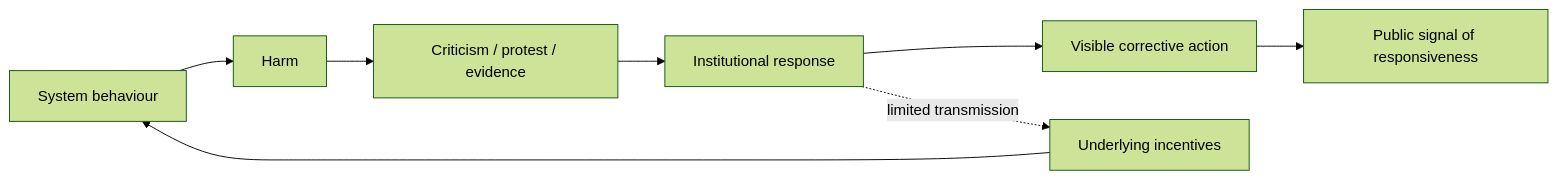
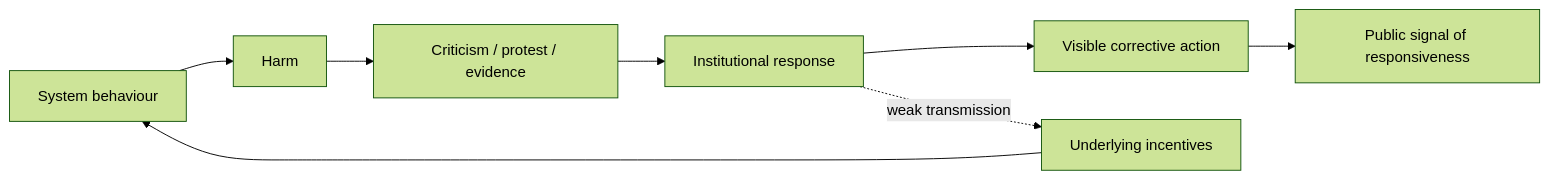
One commit to josefsbreakfast/Polaris-Protocol changed the second of 12 diagrams in 🌑_1_Origin_Points/🪿_Embodied_Information_Ecology/♻️_Cybernetics/🌀_absorption_and_selective_sacrifice.md. Above: the diagram before and after it, drawn with Mermaid (forest theme). The commit also changed other lines of this file, not shown here.

````diff
--- a/🌑_1_Origin_Points/🪿_Embodied_Information_Ecology/♻️_Cybernetics/🌀_absorption_and_selective_sacrifice.md
+++ b/🌑_1_Origin_Points/🪿_Embodied_Information_Ecology/♻️_Cybernetics/🌀_absorption_and_selective_sacrifice.md
@@ -59,11 +55,12 @@
 ```mermaid
 flowchart LR
-    A[System behaviour] --> B[Harm]
-    B --> C[Criticism / protest / evidence]
-    C --> D[Institutional response]
-    D --> E[Visible corrective action]
-    E --> F[Public signal of responsiveness]
+    A[System behaviour]
+    --> B[Harm]
+    --> C[Criticism / protest / evidence]
+    --> D[Institutional response]
+    --> E[Visible corrective action]
+    --> F[Public signal of responsiveness]
 
-    D -. limited transmission .-> G[Underlying incentives]
+    D -. weak transmission .-> G[Underlying incentives]
     G --> A
 ```
````
